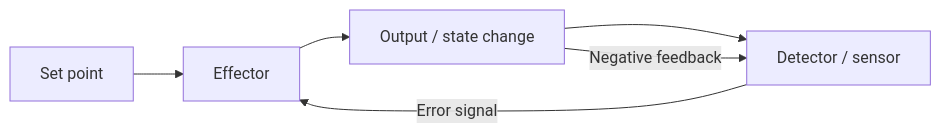
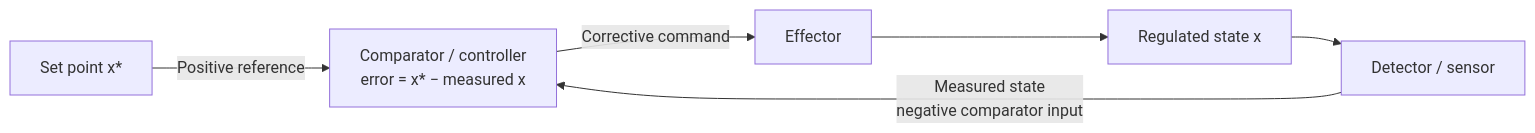
The first of 3 diagrams in docs/manuscript/unit_0/systems_science.md (docxology/biology_textbook), drawn with Mermaid before and after one commit. The commit also changed other lines of this file and 444 other files, not shown here.

````diff
--- a/docs/manuscript/unit_0/systems_science.md
+++ b/docs/manuscript/unit_0/systems_science.md
@@ -118,8 +118,8 @@
 ```mermaid
 graph LR
-    S["Set point"] --> E["Effector"]
-    E --> O["Output / state change"]
+    S["Set point x*"] -->|"Positive reference"| C["Comparator / controller<br/>error = x* − measured x"]
+    C -->|"Corrective command"| E["Effector"]
+    E --> O["Regulated state x"]
     O --> D["Detector / sensor"]
-    D -->|"Error signal"| E
-    O -->|"Negative feedback"| D
+    D -->|"Measured state<br/>negative comparator input"| C
 ```
````
